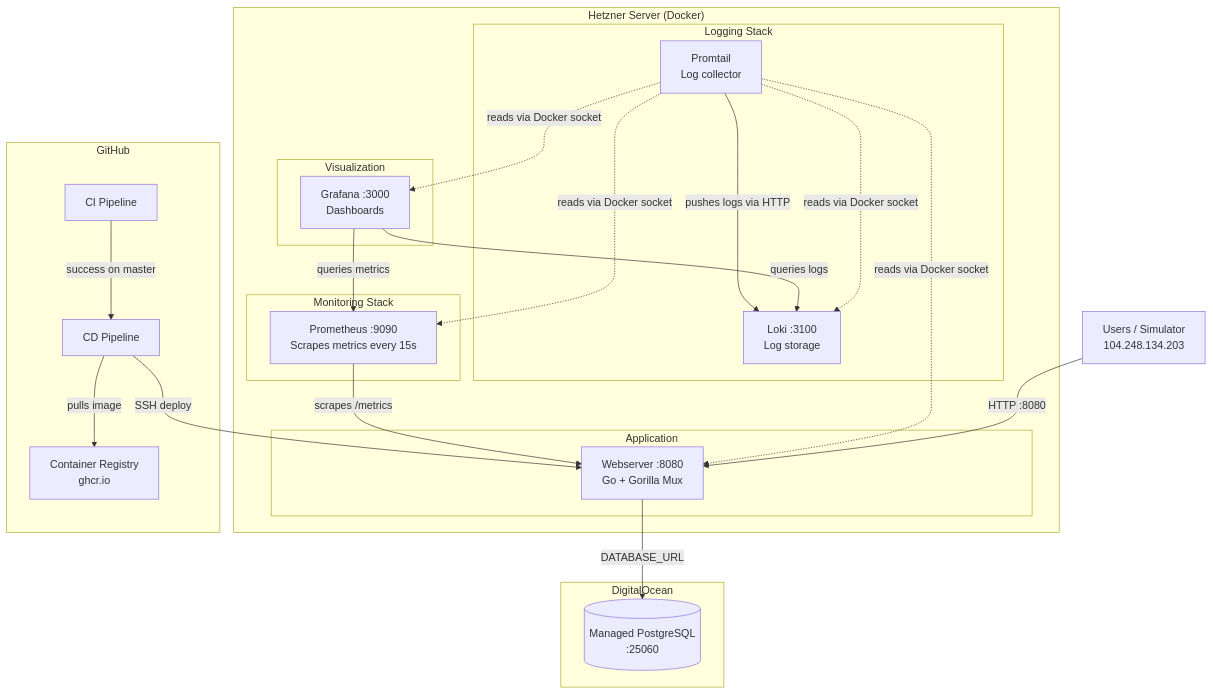
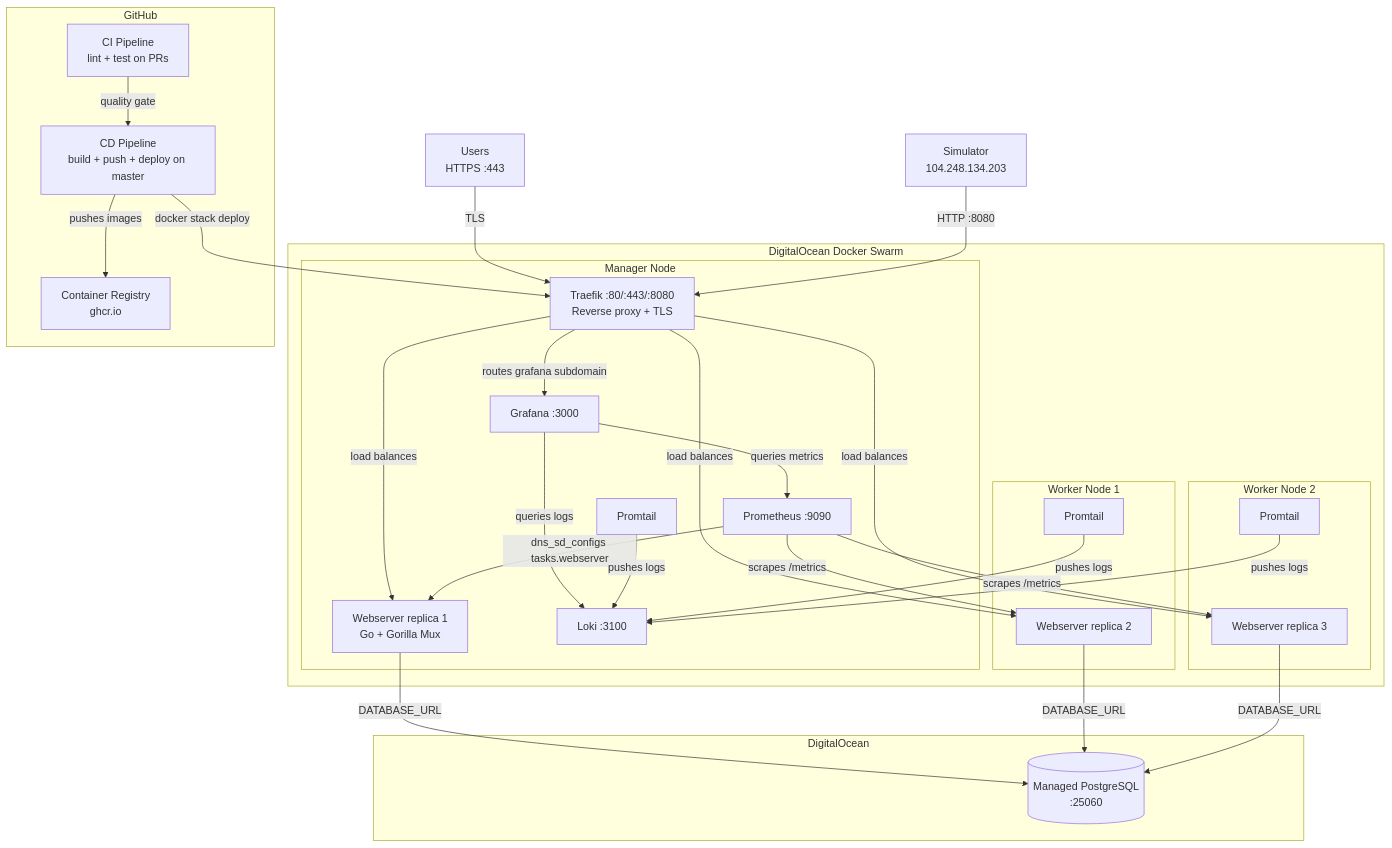
The diagram in docs/architecture.md (DevTroopers-ITU/itu-minitwit), drawn with Mermaid before and after one commit. The commit also changed other lines of this file and 2 other files, not shown here.

Commit message:
docs: update architecture for Docker Swarm, add progress tracker
Rewrite architecture.md to reflect current 3-node Swarm deployment
(was still describing single Hetzner server). Add docs/progress.md
mapping course sessions 1-10 to git history with gap analysis.
Add CLAUDE.md and itu-minitwit binary to .gitignore.

````diff
--- a/docs/architecture.md
+++ b/docs/architecture.md
@@ -20,47 +21,57 @@
 ```mermaid
 graph TB
-    subgraph "Hetzner Server (Docker)"
-        subgraph "Application"
-            WS[Webserver :8080<br/>Go + Gorilla Mux]
+    subgraph "DigitalOcean Docker Swarm"
+        subgraph "Manager Node"
+            TF[Traefik :80/:443/:8080<br/>Reverse proxy + TLS]
+            WS1[Webserver replica 1<br/>Go + Gorilla Mux]
+            PROM[Prometheus :9090]
+            GF[Grafana :3000]
+            LOKI[Loki :3100]
+            PT1[Promtail]
         end
 
-        subgraph "Monitoring Stack"
-            PROM[Prometheus :9090<br/>Scrapes metrics every 15s]
-            PROM -->|scrapes /metrics| WS
+        subgraph "Worker Node 1"
+            WS2[Webserver replica 2]
+            PT2[Promtail]
         end
 
-        subgraph "Logging Stack"
-            PT[Promtail<br/>Log collector]
-            LOKI[Loki :3100<br/>Log storage]
-            PT -->|pushes logs via HTTP| LOKI
+        subgraph "Worker Node 2"
+            WS3[Webserver replica 3]
+            PT3[Promtail]
         end
 
-        subgraph "Visualization"
-            GF[Grafana :3000<br/>Dashboards]
-            GF -->|queries metrics| PROM
-            GF -->|queries logs| LOKI
-        end
+        TF -->|load balances| WS1
+        TF -->|load balances| WS2
+        TF -->|load balances| WS3
+        TF -->|routes grafana subdomain| GF
 
-        PT -.->|reads via Docker socket| WS
-        PT -.->|reads via Docker socket| PROM
-        PT -.->|reads via Docker socket| GF
-        PT -.->|reads via Docker socket| LOKI
+        PROM -->|dns_sd_configs tasks.webserver| WS1
+        PROM -->|scrapes /metrics| WS2
+        PROM -->|scrapes /metrics| WS3
+
+        GF -->|queries metrics| PROM
+        GF -->|queries logs| LOKI
+
+        PT1 -->|pushes logs| LOKI
+        PT2 -->|pushes logs| LOKI
+        PT3 -->|pushes logs| LOKI
     end
 
     subgraph "DigitalOcean"
         DB[(Managed PostgreSQL<br/>:25060)]
     end
 
     subgraph "GitHub"
         GH[Container Registry<br/>ghcr.io]
-        CI[CI Pipeline]
-        CD[CD Pipeline]
-        CI -->|success on master| CD
-        CD -->|SSH deploy| WS
+        CI[CI Pipeline<br/>lint + test on PRs]
+        CD[CD Pipeline<br/>build + push + deploy on master]
+        CI -->|quality gate| CD
+        CD -->|docker stack deploy| TF
     end
 
-    WS -->|DATABASE_URL| DB
-    CD -->|pulls image| GH
+    WS1 & WS2 & WS3 -->|DATABASE_URL| DB
+    CD -->|pushes images| GH
 
-    USER[Users / Simulator<br/>104.248.134.203] -->|HTTP :8080| WS
+    USER[Users<br/>HTTPS :443] -->|TLS| TF
+    SIM[Simulator<br/>104.248.134.203] -->|HTTP :8080| TF
 ```
````
